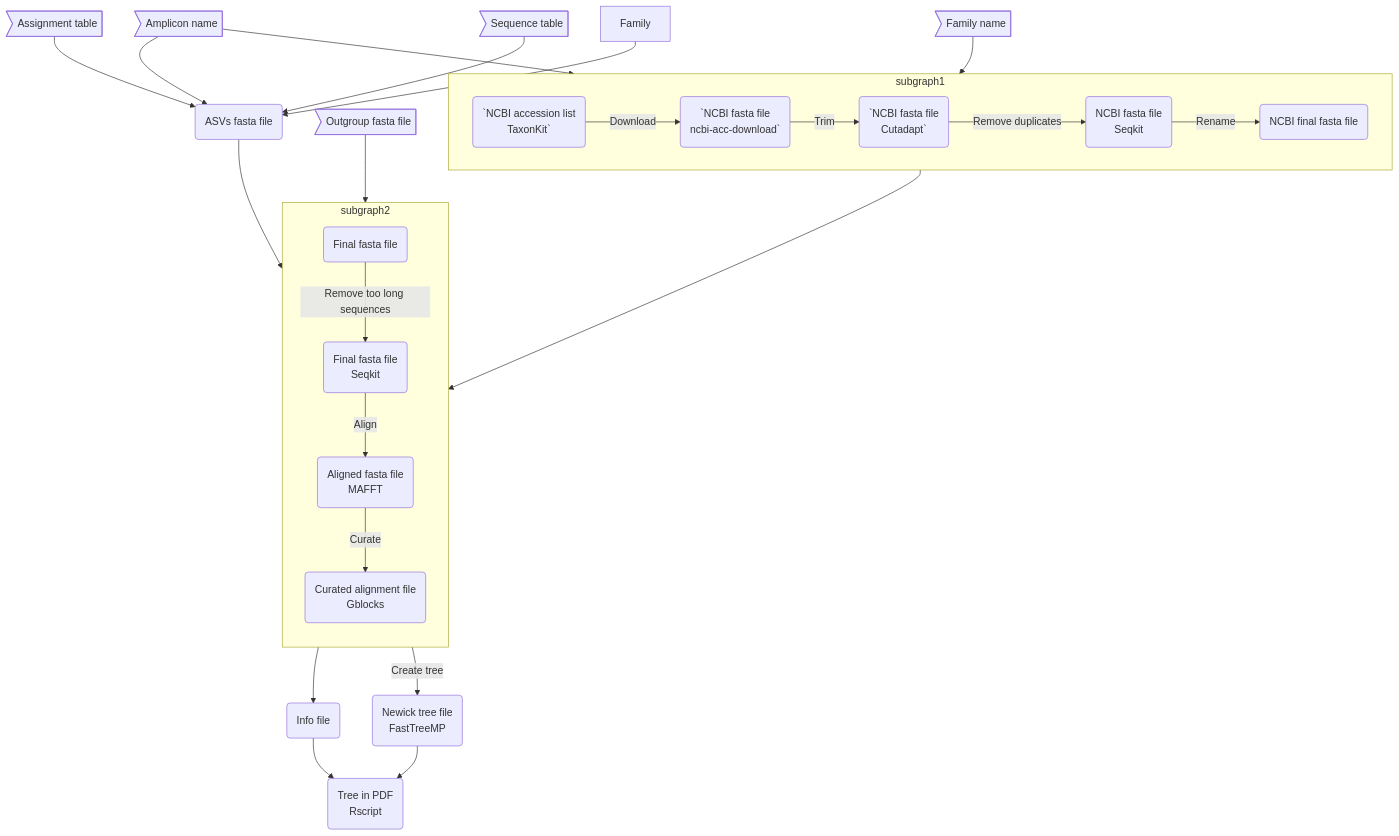
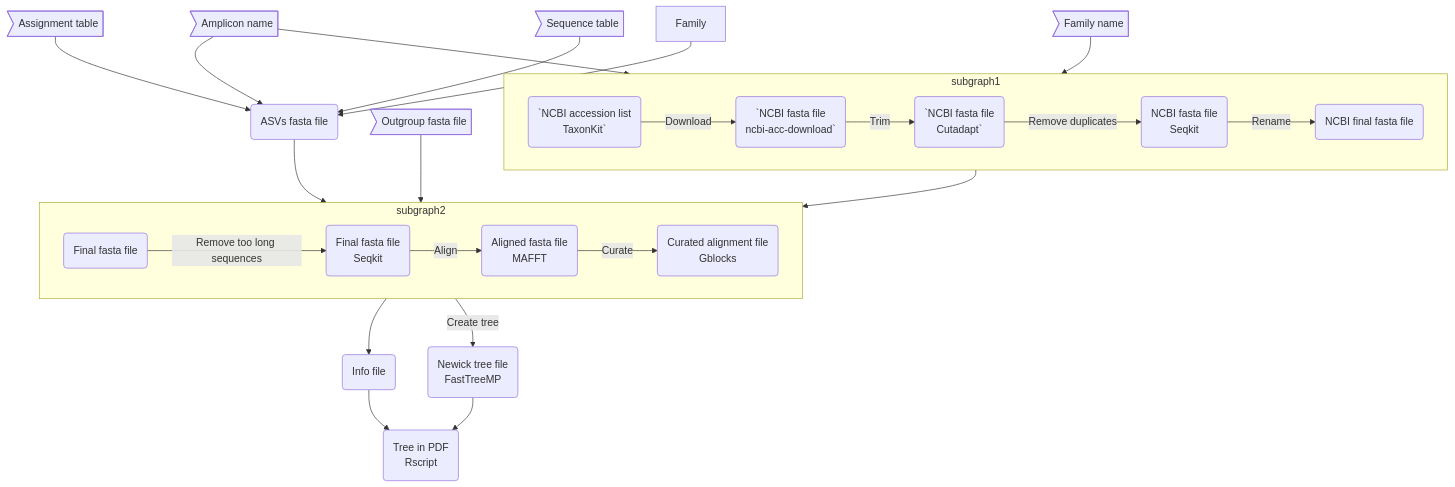
Before and after one commit to Enorya/Phylo-tree_eDNA: the diagram in README.md, drawn with Mermaid.

````diff
--- a/README.md
+++ b/README.md
@@ -24,46 +24,46 @@
 ```mermaid
 flowchart TB
 	amplicon>Amplicon name]
 	family>Family name]
 	Assign>Assignment table]
 	Seq>Sequence table]
 	Out>Outgroup fasta file]
 	step1(`NCBI accession list
 TaxonKit`)
 	step2(`NCBI fasta file
 ncbi-acc-download`)
 	step3(`NCBI fasta file
 Cutadapt`)
 	step4(NCBI fasta file
 Seqkit)
 	step5(NCBI final fasta file)
 	step6(ASVs fasta file)
 	step7(Final fasta file)
 	step8(Final fasta file
 Seqkit)
 	step9(Aligned fasta file
 MAFFT)
 	step10(Curated alignment file
 Gblocks)
 	step11(Newick tree file
 FastTreeMP)
 	step12(Info file)
 	step13(Tree in PDF
 Rscript)
 
 	subgraph subgraph1
 		direction LR
         	step1 -->|Download| step2 -->|Trim| step3 -->|Remove duplicates| step4 -->|Rename| step5
 	end
 	subgraph subgraph2
-		direction TB
+		direction LR
         	step7 -->|Remove too long sequences| step8 -->|Align| step9 -->|Curate| step10
 	end
 	amplicon --> step1
 	family --> step1
 	amplicon & Assign & Seq & Family --> step6
 	step5 & Out & step6 --> step7
-	subgraph2 --> step12 --> step13
-	subgraph2 -->|Create tree| step11 --> step13
+	step10 --> step12 --> step13
+	step10 -->|Create tree| step11 --> step13
 
 ```
````
